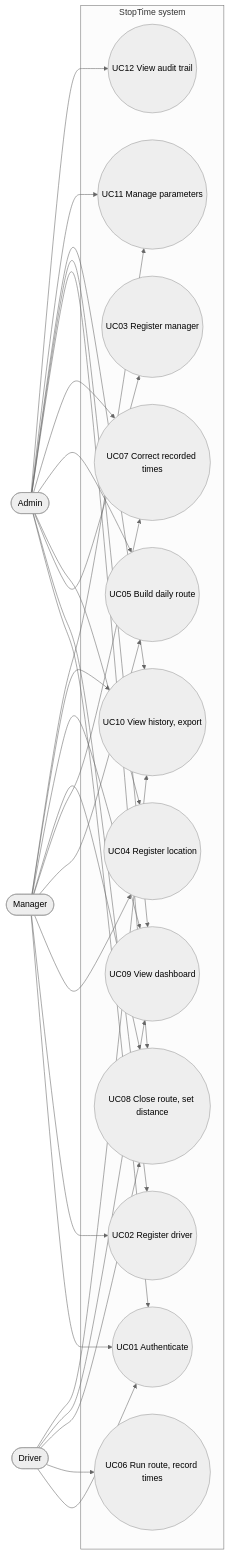
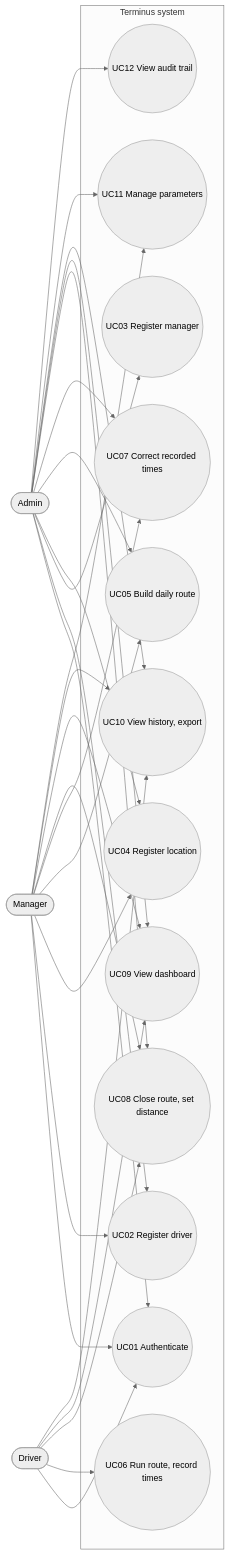
The first of 5 diagrams in docs/spec/use-cases.md (xendak/terminus), drawn with Mermaid (neutral theme) before and after one commit. The commit also changed other lines of this file and 23 other files, not shown here.

First line of the commit message:
mvp: T10 especificacao reconciled + diagrams re-rendered (plans/mvp)

````diff
--- a/docs/spec/use-cases.md
+++ b/docs/spec/use-cases.md
@@ -40,47 +40,47 @@
 ```mermaid
 flowchart LR
     Driver([Driver])
     Manager([Manager])
     Admin([Admin])
 
-    subgraph StopTime[StopTime system]
+    subgraph Terminus[Terminus system]
         UC01((UC01 Authenticate))
         UC02((UC02 Register driver))
         UC03((UC03 Register manager))
         UC04((UC04 Register location))
         UC05((UC05 Build daily route))
         UC06((UC06 Run route, record times))
         UC07((UC07 Correct recorded times))
         UC08((UC08 Close route, set distance))
         UC09((UC09 View dashboard))
         UC10((UC10 View history, export))
         UC11((UC11 Manage parameters))
         UC12((UC12 View audit trail))
     end
 
     Driver --> UC01
     Driver --> UC06
     Driver --> UC08
     Driver --> UC09
     Driver --> UC10
     Manager --> UC01
     Manager --> UC02
     Manager --> UC04
     Manager --> UC05
     Manager --> UC07
     Manager --> UC08
     Manager --> UC09
     Manager --> UC10
     Manager --> UC11
     Admin --> UC01
     Admin --> UC02
     Admin --> UC03
     Admin --> UC04
     Admin --> UC05
     Admin --> UC07
     Admin --> UC08
     Admin --> UC09
     Admin --> UC10
     Admin --> UC11
     Admin --> UC12
 ```
````
